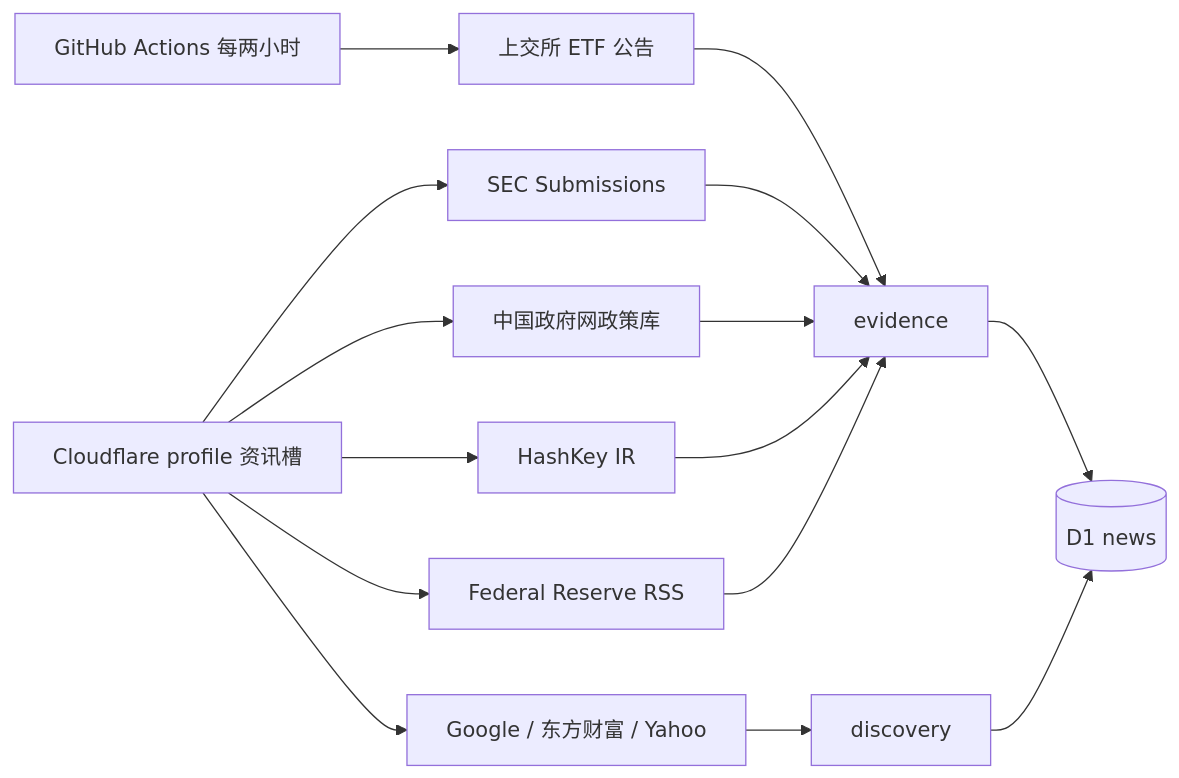
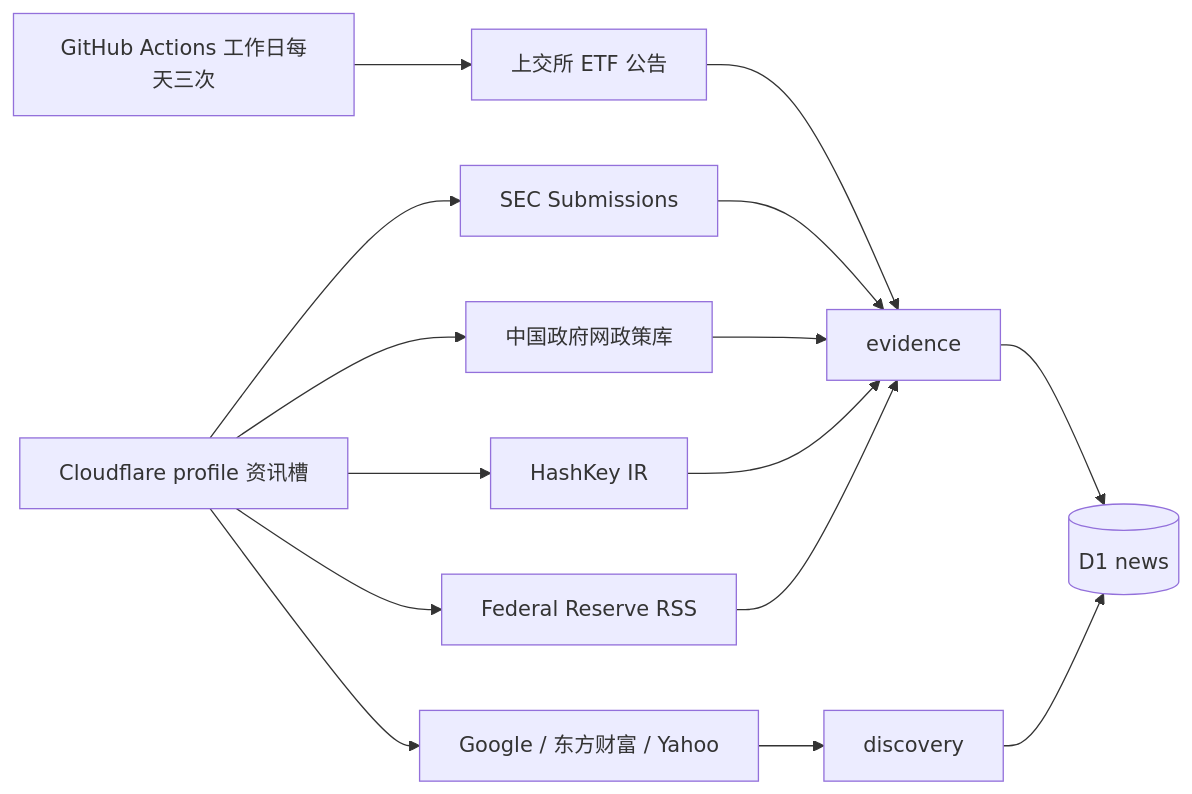
Before and after one commit to gaaiyun/TradingWorkbench: the seventh of 9 diagrams in docs/architecture-and-data-flows.md, drawn with Mermaid. The commit also changed other lines of this file and 13 other files, not shown here.

````diff
--- a/docs/architecture-and-data-flows.md
+++ b/docs/architecture-and-data-flows.md
@@ -294,17 +294,17 @@
 ```mermaid
 flowchart LR
     Q["Cloudflare profile 资讯槽"] --> SEC["SEC Submissions"]
     Q --> GOV["中国政府网政策库"]
     Q --> IR["HashKey IR"]
     Q --> FED["Federal Reserve RSS"]
     Q --> DISC["Google / 东方财富 / Yahoo"]
-    A["GitHub Actions 每两小时"] --> SSE["上交所 ETF 公告"]
+    A["GitHub Actions 工作日每天三次"] --> SSE["上交所 ETF 公告"]
     SEC --> E["evidence"]
     GOV --> E
     SSE --> E
     IR --> E
     FED --> E
     DISC --> D["discovery"]
     E --> DB[("D1 news")]
     D --> DB
 ```
````
